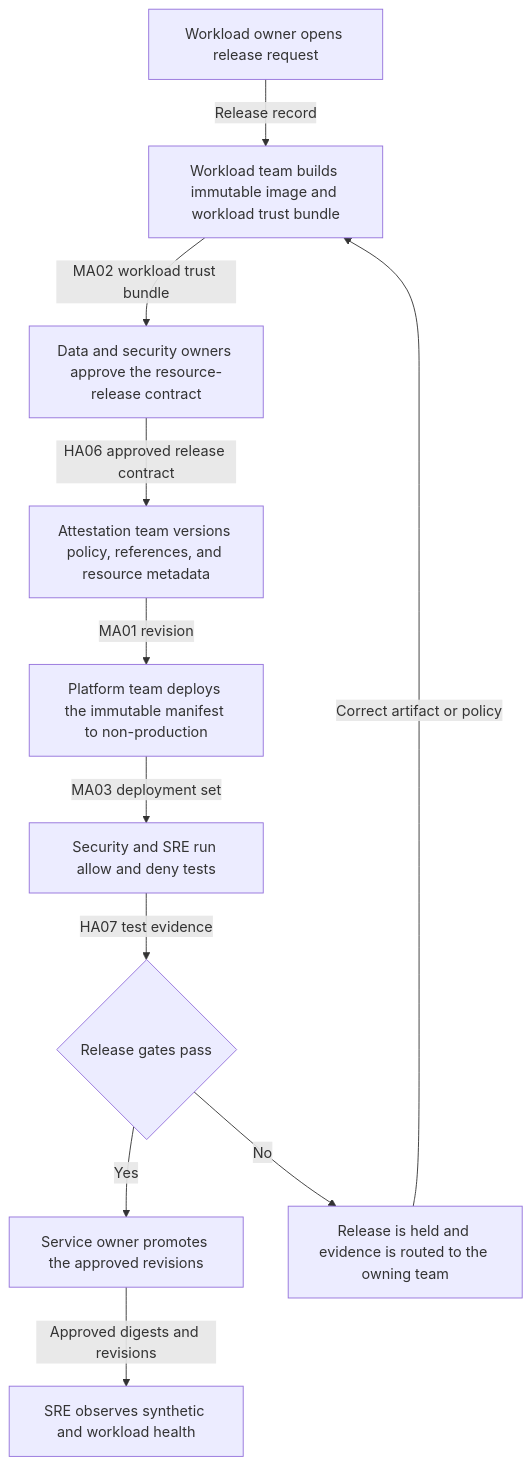
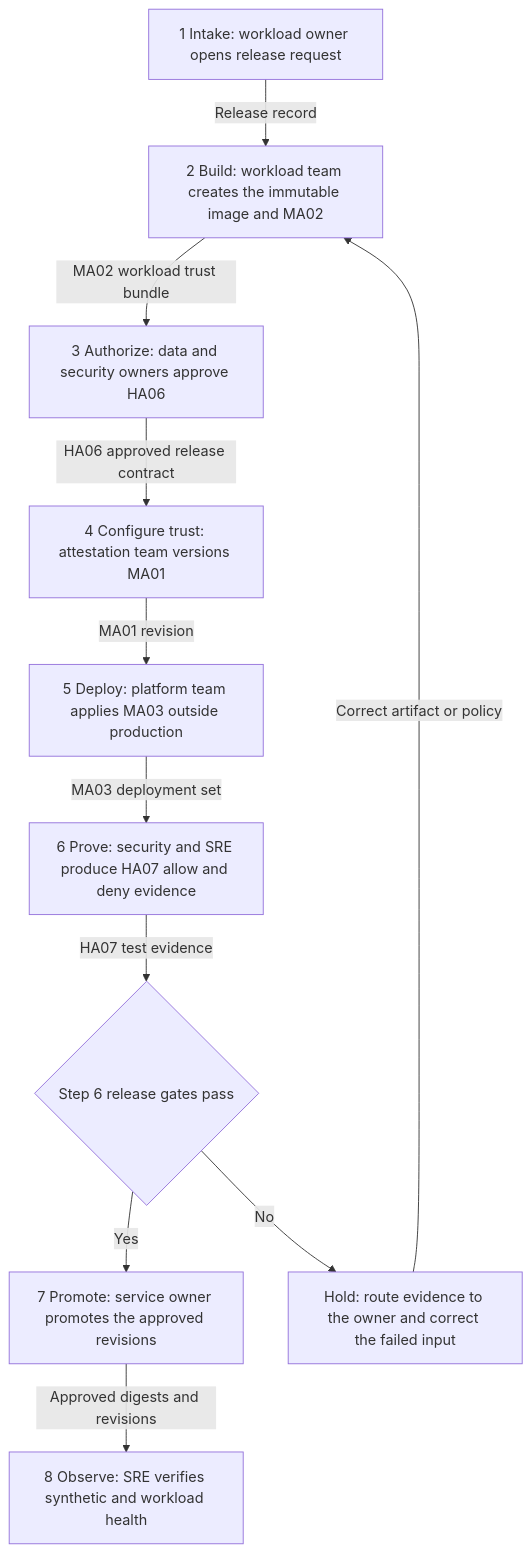
Before and after one commit to shpwrck/openshift-confidential-containers: the second of 3 diagrams in docs/getting-started-and-operations.md, drawn with Mermaid. The commit also changed other lines of this file, not shown here.

Commit message:
docs: number workflow diagram steps

````diff
--- a/docs/getting-started-and-operations.md
+++ b/docs/getting-started-and-operations.md
@@ -175,24 +175,24 @@
 ```mermaid
 flowchart TD
-  A["Workload owner opens release request"]
-  B["Workload team builds immutable image and workload trust bundle"]
-  C["Data and security owners approve the resource-release contract"]
-  D["Attestation team versions policy, references, and resource metadata"]
-  E["Platform team deploys the immutable manifest to non-production"]
-  F["Security and SRE run allow and deny tests"]
-  G{"Release gates pass"}
-  H["Service owner promotes the approved revisions"]
-  I["SRE observes synthetic and workload health"]
-  J["Release is held and evidence is routed to the owning team"]
+  A["1 Intake: workload owner opens release request"]
+  B["2 Build: workload team creates the immutable image and MA02"]
+  C["3 Authorize: data and security owners approve HA06"]
+  D["4 Configure trust: attestation team versions MA01"]
+  E["5 Deploy: platform team applies MA03 outside production"]
+  F["6 Prove: security and SRE produce HA07 allow and deny evidence"]
+  G{"Step 6 release gates pass"}
+  H["7 Promote: service owner promotes the approved revisions"]
+  I["8 Observe: SRE verifies synthetic and workload health"]
+  J["Hold: route evidence to the owner and correct the failed input"]
 
   A -->|"Release record"| B
   B -->|"MA02 workload trust bundle"| C
   C -->|"HA06 approved release contract"| D
   D -->|"MA01 revision"| E
   E -->|"MA03 deployment set"| F
   F -->|"HA07 test evidence"| G
   G -->|"No"| J
   J -->|"Correct artifact or policy"| B
   G -->|"Yes"| H
   H -->|"Approved digests and revisions"| I
 ```
````
